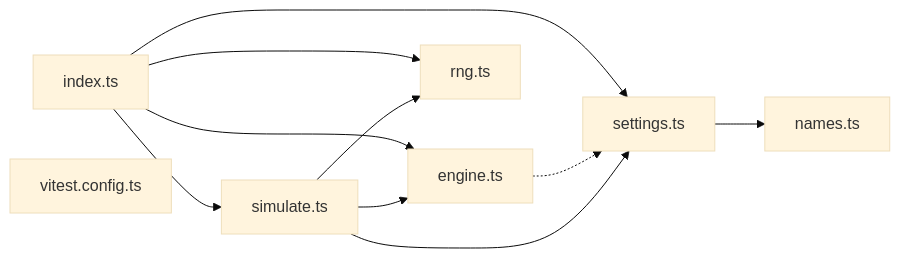
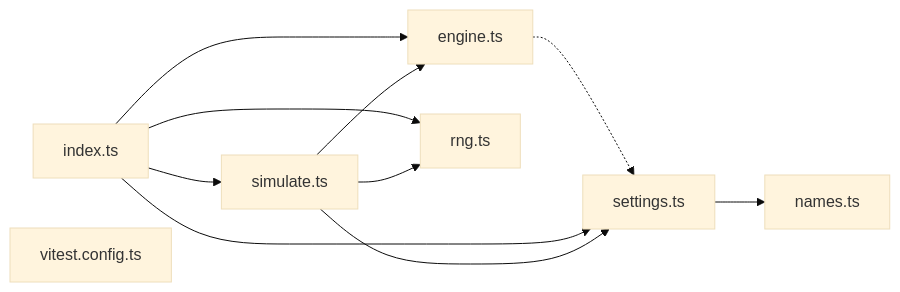
The diagram in map/generated/imports/@wren+experiments.md (wrenautomation/wren), drawn with Mermaid (base theme) before and after one commit. The commit also changed other lines of this file and 96 other files, not shown here.

````diff
--- a/map/generated/imports/@wren+experiments.md
+++ b/map/generated/imports/@wren+experiments.md
@@ -13,19 +13,19 @@
 ```mermaid
 flowchart LR
+  nengine_ts["engine.ts"]
   nindex_ts["index.ts"]
-  nengine_ts["engine.ts"]
-  nsettings_ts["settings.ts"]
   nnames_ts["names.ts"]
   nrng_ts["rng.ts"]
+  nsettings_ts["settings.ts"]
   nsimulate_ts["simulate.ts"]
   nvitest_config_ts["vitest.config.ts"]
+  nengine_ts -.-> nsettings_ts
   nindex_ts --> nengine_ts
   nindex_ts --> nrng_ts
   nindex_ts --> nsettings_ts
   nindex_ts --> nsimulate_ts
-  nengine_ts -.-> nsettings_ts
   nsettings_ts --> nnames_ts
   nsimulate_ts --> nengine_ts
   nsimulate_ts --> nrng_ts
   nsimulate_ts --> nsettings_ts
 ```
````
